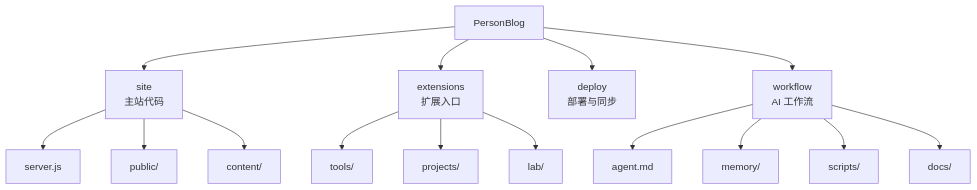
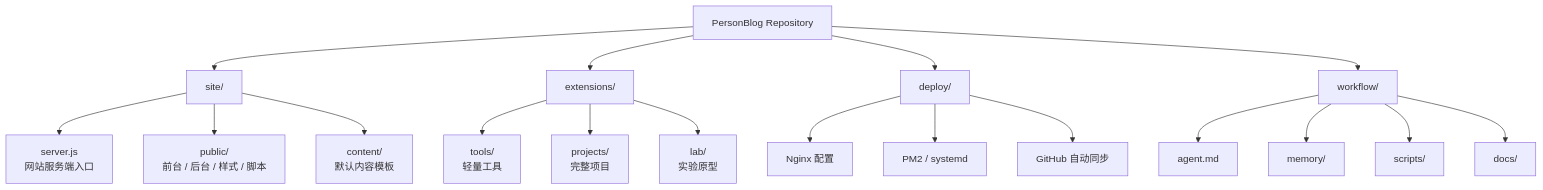
Before and after one commit to 1218594966/blog: the first of 2 diagrams in README.md, drawn with Mermaid. The commit also changed other lines of this file and 2 other files, not shown here.

````diff
--- a/README.md
+++ b/README.md
@@ -116,20 +61,24 @@
 ```mermaid
-flowchart TD
-    A["PersonBlog"] --> B["site<br/>主站代码"]
-    A --> C["extensions<br/>扩展入口"]
-    A --> D["deploy<br/>部署与同步"]
-    A --> E["workflow<br/>AI 工作流"]
+flowchart TB
+    A["PersonBlog Repository"] --> B["site/"]
+    A --> C["extensions/"]
+    A --> D["deploy/"]
+    A --> E["workflow/"]
 
-    B --> B1["server.js"]
-    B --> B2["public/"]
-    B --> B3["content/"]
+    B --> B1["server.js<br/>网站服务端入口"]
+    B --> B2["public/<br/>前台 / 后台 / 样式 / 脚本"]
+    B --> B3["content/<br/>默认内容模板"]
 
-    C --> C1["tools/"]
-    C --> C2["projects/"]
-    C --> C3["lab/"]
+    C --> C1["tools/<br/>轻量工具"]
+    C --> C2["projects/<br/>完整项目"]
+    C --> C3["lab/<br/>实验原型"]
+
+    D --> D1["Nginx 配置"]
+    D --> D2["PM2 / systemd"]
+    D --> D3["GitHub 自动同步"]
 
     E --> E1["agent.md"]
     E --> E2["memory/"]
     E --> E3["scripts/"]
     E --> E4["docs/"]
 ```
````
